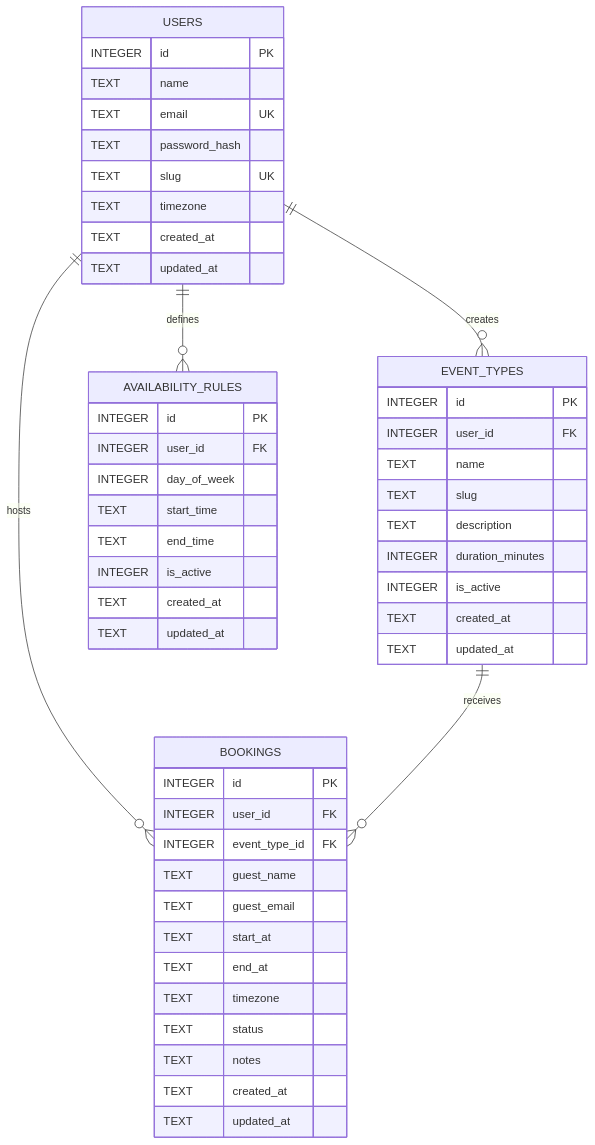
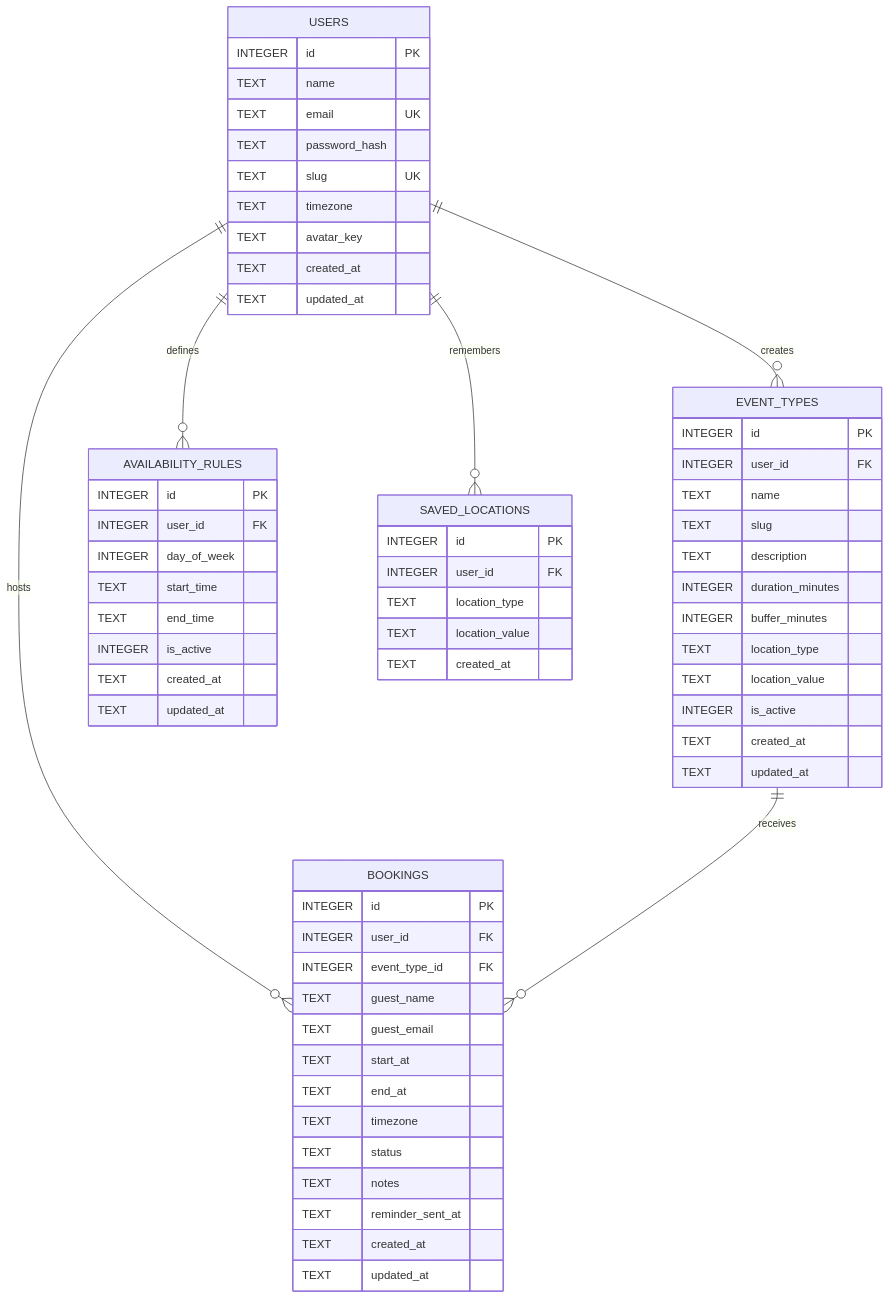
One commit to coachwmafendi/meetflow-cf changed the diagram in ERD.md. Above: the diagram before and after it, drawn with Mermaid. The commit also changed other lines of this file and 1 other file, not shown here.

Commit message:
docs: reflect saved_locations and recent features in ERD and PRD

````diff
--- a/ERD.md
+++ b/ERD.md
@@ -36,57 +39,71 @@
 ```mermaid
 erDiagram
 
     USERS ||--o{ EVENT_TYPES : creates
     USERS ||--o{ AVAILABILITY_RULES : defines
     USERS ||--o{ BOOKINGS : hosts
+    USERS ||--o{ SAVED_LOCATIONS : remembers
     EVENT_TYPES ||--o{ BOOKINGS : receives
 
     USERS {
         INTEGER id PK
         TEXT name
         TEXT email UK
         TEXT password_hash
         TEXT slug UK
         TEXT timezone
+        TEXT avatar_key
         TEXT created_at
         TEXT updated_at
     }
 
     EVENT_TYPES {
         INTEGER id PK
         INTEGER user_id FK
         TEXT name
         TEXT slug
         TEXT description
         INTEGER duration_minutes
+        INTEGER buffer_minutes
+        TEXT location_type
+        TEXT location_value
         INTEGER is_active
         TEXT created_at
         TEXT updated_at
     }
 
     AVAILABILITY_RULES {
         INTEGER id PK
         INTEGER user_id FK
         INTEGER day_of_week
         TEXT start_time
         TEXT end_time
         INTEGER is_active
         TEXT created_at
         TEXT updated_at
     }
 
     BOOKINGS {
         INTEGER id PK
         INTEGER user_id FK
         INTEGER event_type_id FK
         TEXT guest_name
         TEXT guest_email
         TEXT start_at
         TEXT end_at
         TEXT timezone
         TEXT status
         TEXT notes
+        TEXT reminder_sent_at
         TEXT created_at
         TEXT updated_at
     }
+
+    SAVED_LOCATIONS {
+        INTEGER id PK
+        INTEGER user_id FK
+        TEXT location_type
+        TEXT location_value
+        TEXT created_at
+    }
 ```
````
